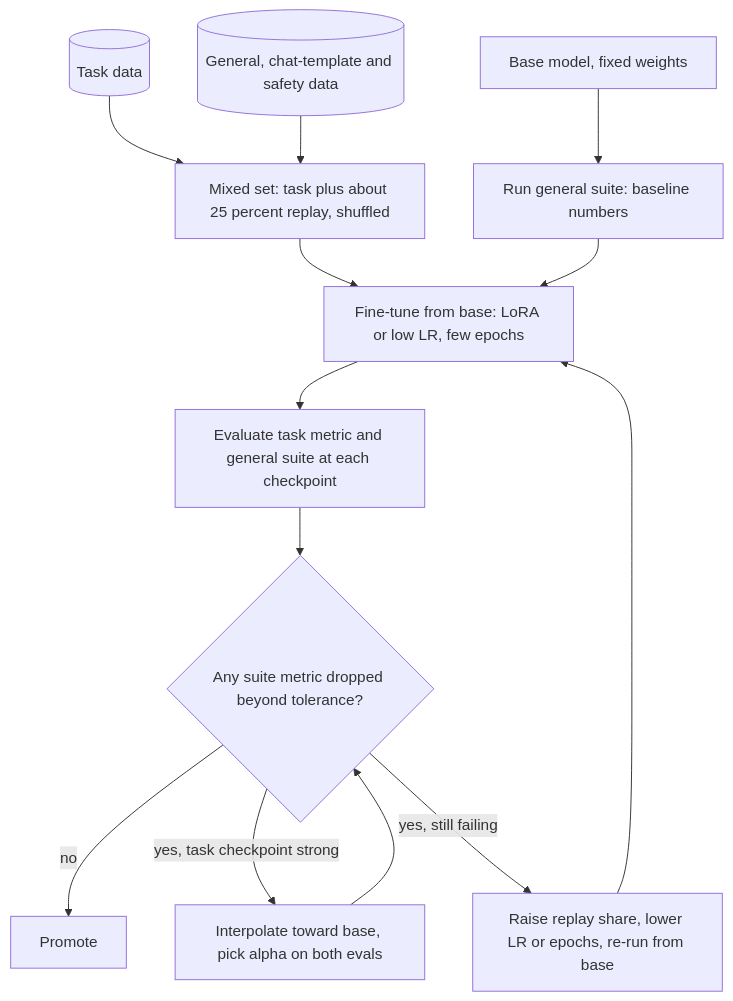
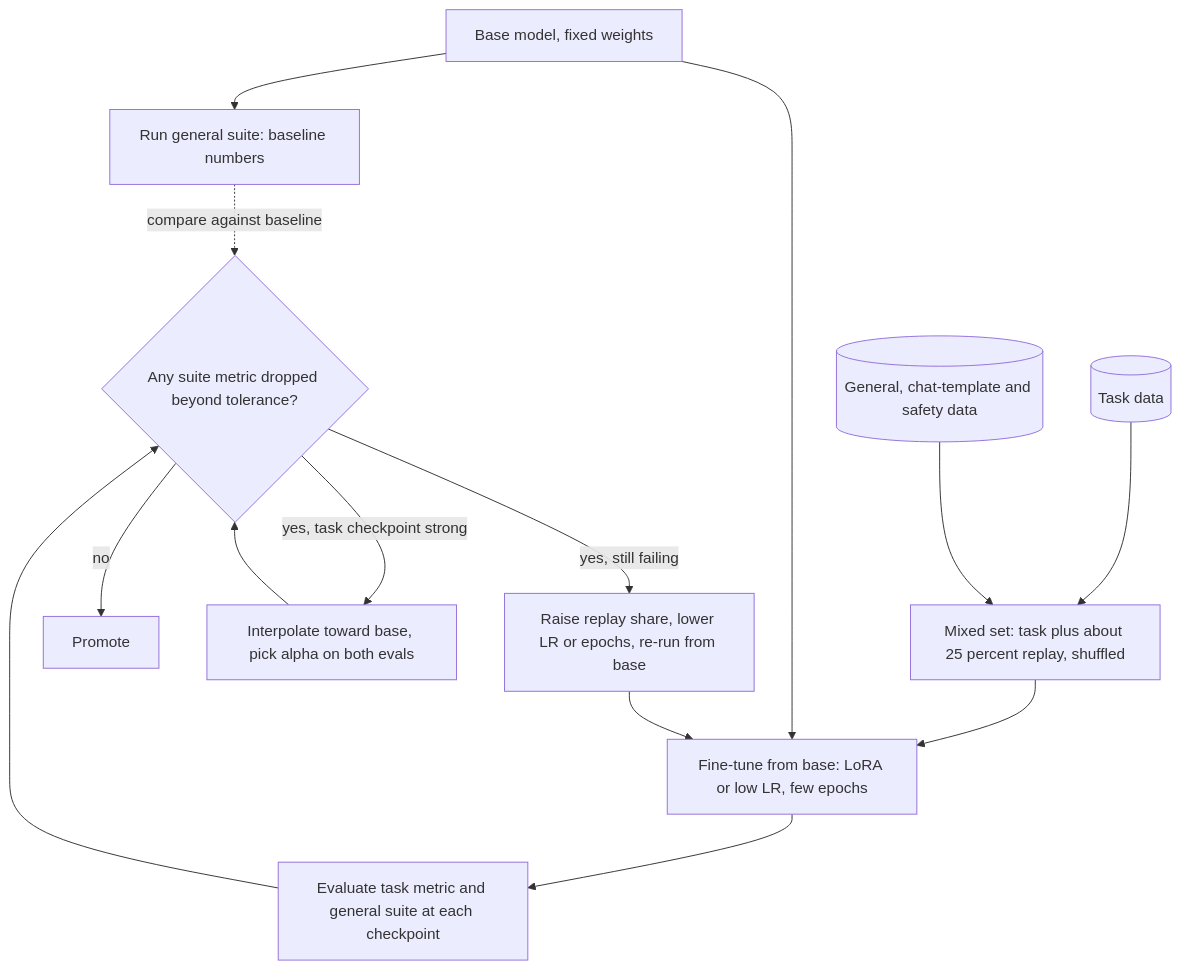
The diagram in content/training-adaptation/catastrophic-forgetting.md (lovishmahajan97/agentic-learning), drawn with Mermaid before and after one commit. The commit also changed other lines of this file and 81 other files, not shown here.

````diff
--- a/content/training-adaptation/catastrophic-forgetting.md
+++ b/content/training-adaptation/catastrophic-forgetting.md
@@ -124,15 +124,16 @@
 ```mermaid
 flowchart TD
     B["Base model, fixed weights"] --> S0["Run general suite: baseline numbers"]
     T[("Task data")] --> M["Mixed set: task plus about 25 percent replay, shuffled"]
     R[("General, chat-template and safety data")] --> M
     M --> F["Fine-tune from base: LoRA or low LR, few epochs"]
-    S0 --> F
+    B --> F
     F --> E["Evaluate task metric and general suite at each checkpoint"]
     E --> G{"Any suite metric dropped beyond tolerance?"}
+    S0 -.->|"compare against baseline"| G
     G -->|"no"| SH["Promote"]
     G -->|"yes, task checkpoint strong"| I["Interpolate toward base, pick alpha on both evals"]
     I --> G
     G -->|"yes, still failing"| RR["Raise replay share, lower LR or epochs, re-run from base"]
     RR --> F
 ```
````
